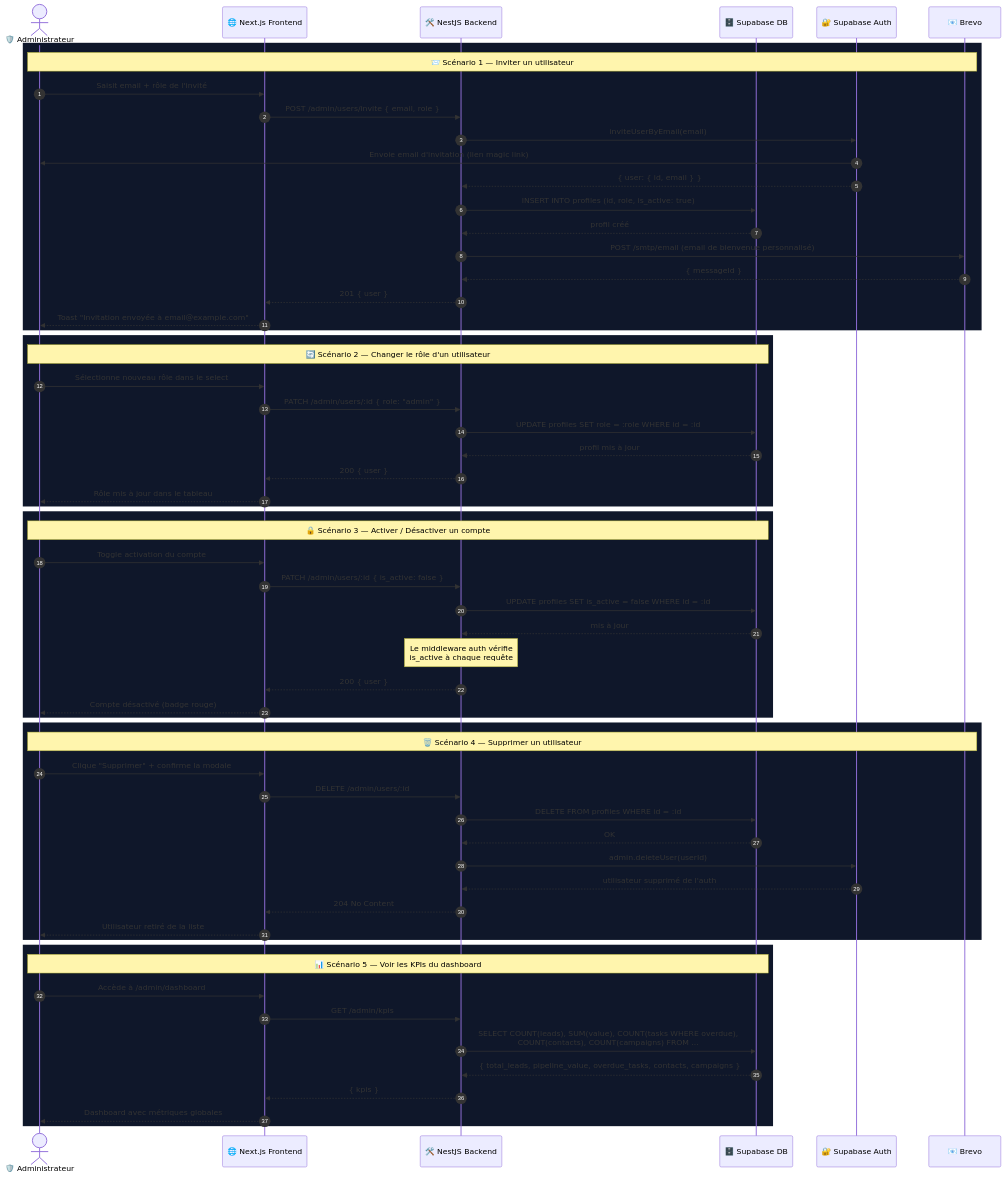
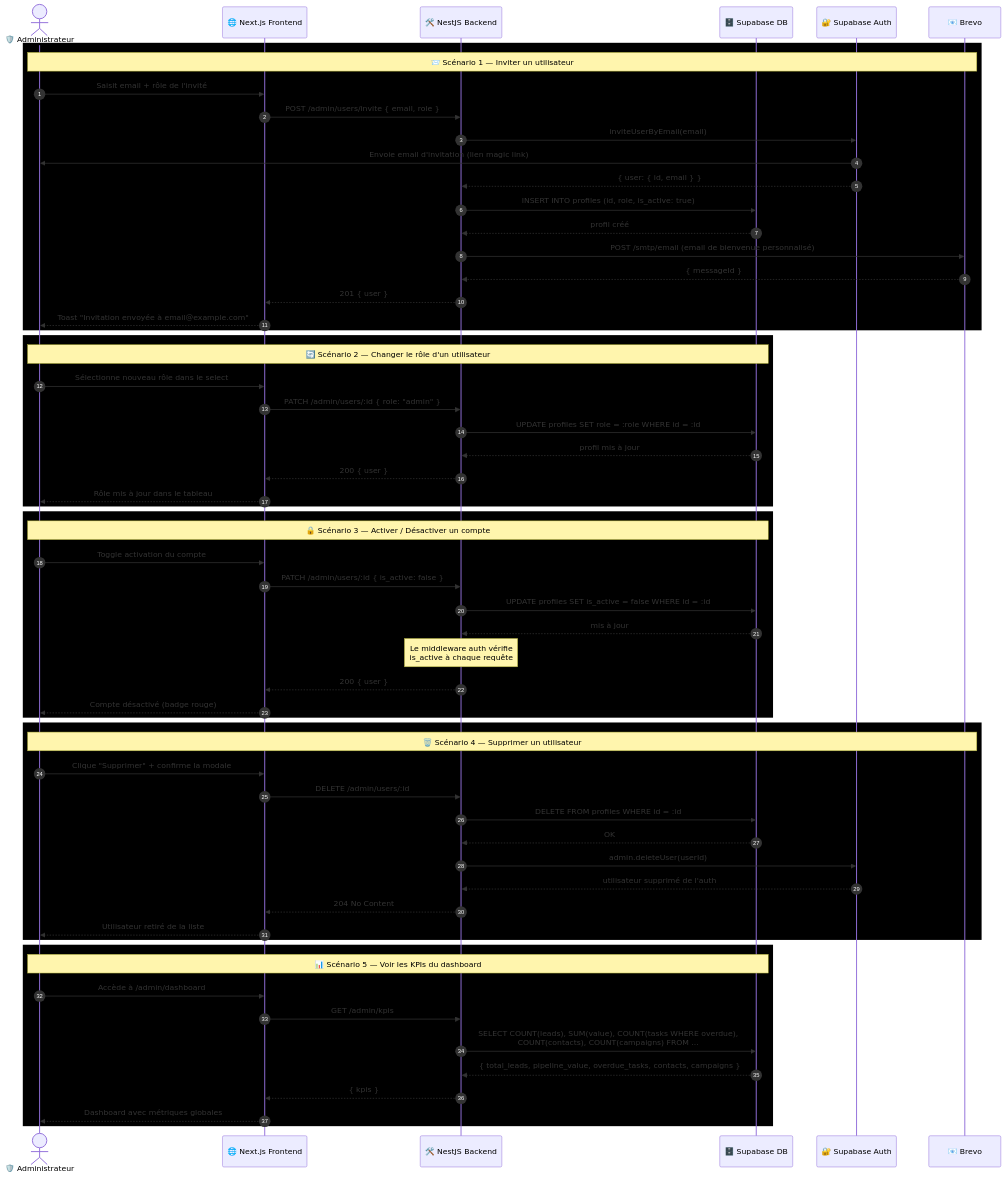
One commit to uciie/crm changed the diagram in docs/sequences/seq_admin.mermaid. Above: the diagram before and after it, drawn with Mermaid. The commit also changed 12 other files, not shown here.

```diff
--- a/docs/sequences/seq_admin.mermaid
+++ b/docs/sequences/seq_admin.mermaid
@@ -1,71 +1,71 @@
 sequenceDiagram
     autonumber
     actor A as 🛡️ Administrateur
     participant FE as 🌐 Next.js Frontend
     participant BE as 🛠️ NestJS Backend
     participant DB as 🗄️ Supabase DB
     participant SA as 🔐 Supabase Auth
     participant BR as 📧 Brevo
 
     %% ─── INVITER UN UTILISATEUR ──────────────────────────
-    rect rgb(15, 23, 42)
+    rect rgb(0, 0, 0)
         Note over A,BR: 📨 Scénario 1 — Inviter un utilisateur
         A->>FE: Saisit email + rôle de l'invité
         FE->>BE: POST /admin/users/invite { email, role }
         BE->>SA: inviteUserByEmail(email)
         SA->>A: Envoie email d'invitation (lien magic link)
         SA-->>BE: { user: { id, email } }
         BE->>DB: INSERT INTO profiles (id, role, is_active: true)
         DB-->>BE: profil créé
         BE->>BR: POST /smtp/email (email de bienvenue personnalisé)
         BR-->>BE: { messageId }
         BE-->>FE: 201 { user }
         FE-->>A: Toast "Invitation envoyée à email@example.com"
     end
 
     %% ─── CHANGER LE RÔLE ────────────────────────────────
-    rect rgb(15, 23, 42)
+    rect rgb(0, 0, 0)
         Note over A,DB: 🔄 Scénario 2 — Changer le rôle d'un utilisateur
         A->>FE: Sélectionne nouveau rôle dans le select
         FE->>BE: PATCH /admin/users/:id { role: "admin" }
         BE->>DB: UPDATE profiles SET role = :role WHERE id = :id
         DB-->>BE: profil mis à jour
         BE-->>FE: 200 { user }
         FE-->>A: Rôle mis à jour dans le tableau
     end
 
     %% ─── ACTIVER / DÉSACTIVER ────────────────────────────
-    rect rgb(15, 23, 42)
+    rect rgb(0, 0, 0)
         Note over A,DB: 🔒 Scénario 3 — Activer / Désactiver un compte
         A->>FE: Toggle activation du compte
         FE->>BE: PATCH /admin/users/:id { is_active: false }
         BE->>DB: UPDATE profiles SET is_active = false WHERE id = :id
         DB-->>BE: mis à jour
         Note over BE: Le middleware auth vérifie<br/>is_active à chaque requête
         BE-->>FE: 200 { user }
         FE-->>A: Compte désactivé (badge rouge)
     end
 
     %% ─── SUPPRIMER UN UTILISATEUR ────────────────────────
-    rect rgb(15, 23, 42)
+    rect rgb(0, 0, 0)
         Note over A,BR: 🗑️ Scénario 4 — Supprimer un utilisateur
         A->>FE: Clique "Supprimer" + confirme la modale
         FE->>BE: DELETE /admin/users/:id
         BE->>DB: DELETE FROM profiles WHERE id = :id
         DB-->>BE: OK
         BE->>SA: admin.deleteUser(userId)
         SA-->>BE: utilisateur supprimé de l'auth
         BE-->>FE: 204 No Content
         FE-->>A: Utilisateur retiré de la liste
     end
 
     %% ─── DASHBOARD KPIs ──────────────────────────────────
-    rect rgb(15, 23, 42)
+    rect rgb(0, 0, 0)
         Note over A,DB: 📊 Scénario 5 — Voir les KPIs du dashboard
         A->>FE: Accède à /admin/dashboard
         FE->>BE: GET /admin/kpis
         BE->>DB: SELECT COUNT(leads), SUM(value), COUNT(tasks WHERE overdue),<br/>COUNT(contacts), COUNT(campaigns) FROM ...
         DB-->>BE: { total_leads, pipeline_value, overdue_tasks, contacts, campaigns }
         BE-->>FE: { kpis }
         FE-->>A: Dashboard avec métriques globales
     end
```
